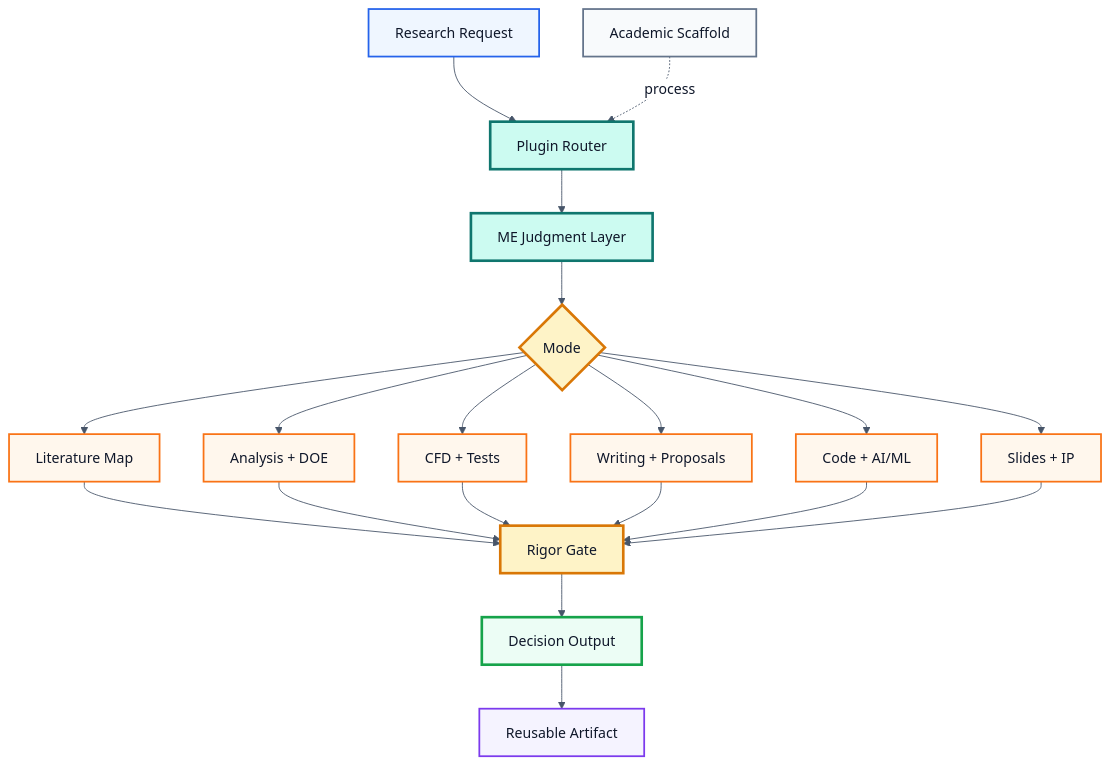
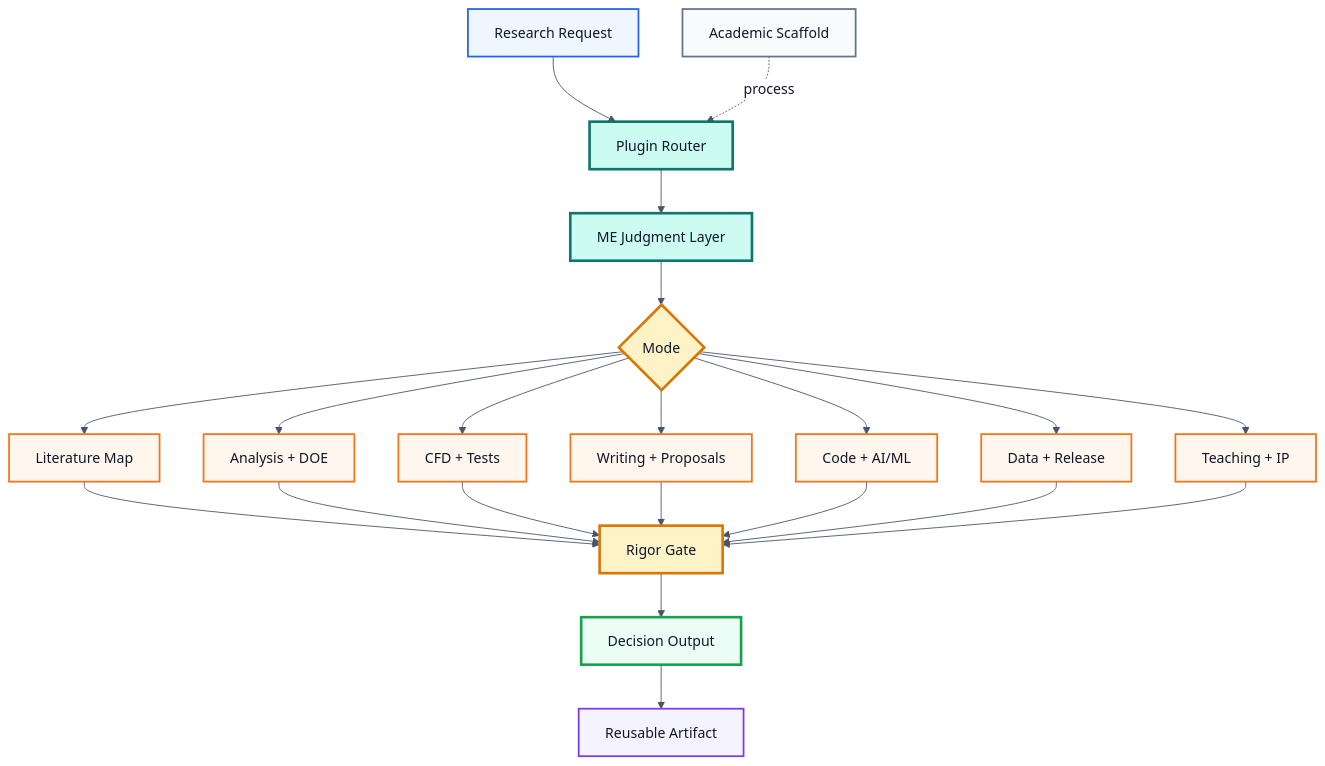
The diagram in assets/workflow.mmd (hanhuark/mechanical-engineering-research-skill), drawn with Mermaid before and after one commit. The commit also changed 39 other files, not shown here.

```diff
--- a/assets/workflow.mmd
+++ b/assets/workflow.mmd
@@ -1,41 +1,43 @@
 %%{init: {"theme": "base", "themeVariables": {"fontFamily": "Inter, Segoe UI, Arial, sans-serif", "primaryColor": "#ecfeff", "primaryTextColor": "#0f172a", "primaryBorderColor": "#0f766e", "lineColor": "#475569", "secondaryColor": "#fff7ed", "tertiaryColor": "#f8fafc", "clusterBkg": "#ffffff", "clusterBorder": "#cbd5e1", "edgeLabelBackground": "#ffffff"}}}%%
 flowchart TB
     A["Research Request"]:::input
     B["Plugin Router"]:::core
 
     C["Academic Scaffold"]:::scaffold
     D["ME Judgment Layer"]:::core
 
     A --> B
     C -. "process" .-> B
     B --> D
 
     D --> E{"Mode"}:::gate
 
     E --> F1["Literature Map"]:::lane
     E --> F2["Analysis + DOE"]:::lane
     E --> F3["CFD + Tests"]:::lane
     E --> F4["Writing + Proposals"]:::lane
     E --> F5["Code + AI/ML"]:::lane
-    E --> F6["Slides + IP"]:::lane
+    E --> F6["Data + Release"]:::lane
+    E --> F7["Teaching + IP"]:::lane
 
     F1 --> G
     F2 --> G
     F3 --> G
     F4 --> G
     F5 --> G
     F6 --> G
+    F7 --> G
 
     G["Rigor Gate"]:::gate
     H["Decision Output"]:::output
     I["Reusable Artifact"]:::artifact
 
     G --> H --> I
 
     classDef input fill:#eff6ff,stroke:#2563eb,stroke-width:2px,color:#0f172a;
     classDef core fill:#ccfbf1,stroke:#0f766e,stroke-width:3px,color:#0f172a;
     classDef scaffold fill:#f8fafc,stroke:#64748b,stroke-width:2px,color:#0f172a;
     classDef lane fill:#fff7ed,stroke:#f97316,stroke-width:2px,color:#0f172a;
     classDef gate fill:#fef3c7,stroke:#d97706,stroke-width:3px,color:#0f172a;
     classDef output fill:#ecfdf5,stroke:#16a34a,stroke-width:3px,color:#0f172a;
     classDef artifact fill:#f5f3ff,stroke:#7c3aed,stroke-width:2px,color:#0f172a;
```
